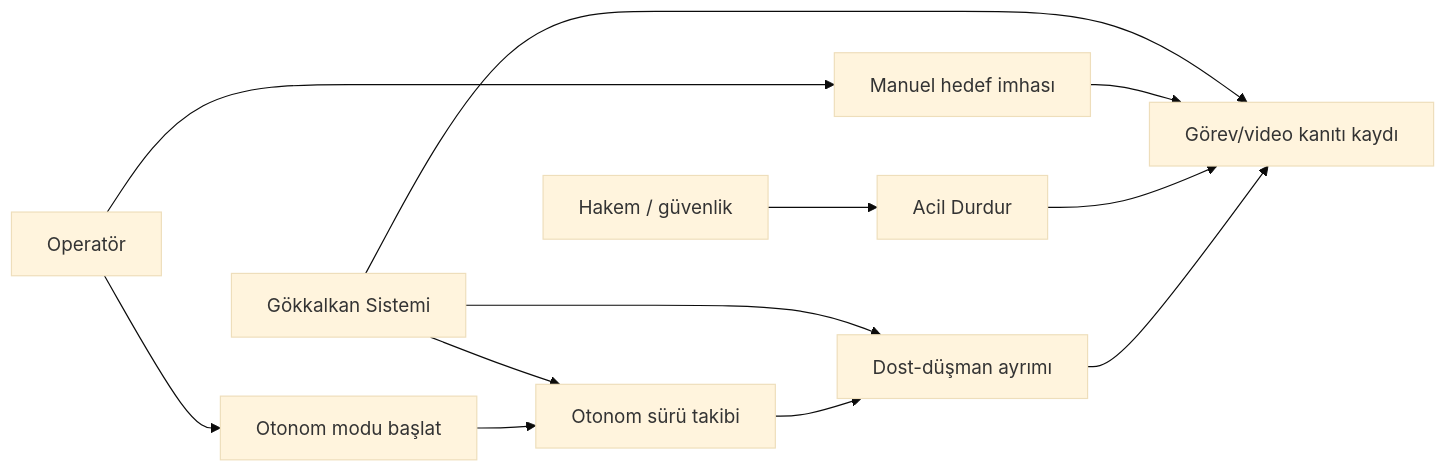
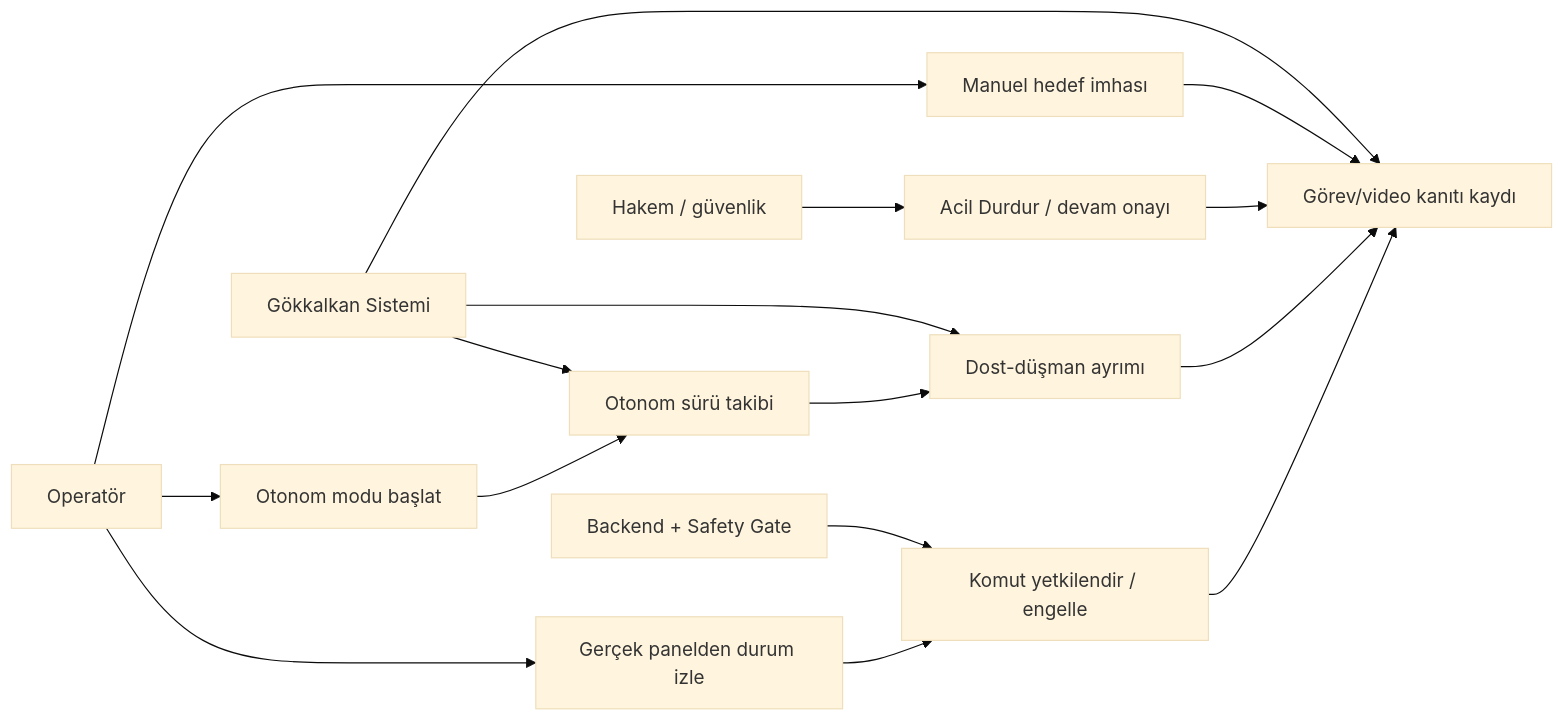
One commit to AlperKartkaya/gokkalkan changed the fourth of 11 diagrams in reports/diyagramlar/mermaid_kodu/ktr_mermaid_diagrams.md. Above: the diagram before and after it, drawn with Mermaid (base theme). The commit also changed other lines of this file and 8 other files, not shown here.

Commit message:
docs: add operator panel interface roadmap and update tech stack documentation

````diff
--- a/reports/diyagramlar/mermaid_kodu/ktr_mermaid_diagrams.md
+++ b/reports/diyagramlar/mermaid_kodu/ktr_mermaid_diagrams.md
@@ -63,14 +72,18 @@
 ```mermaid
 flowchart LR
     Operator["Operatör"] --> UC1["Manuel hedef imhası"]
     Operator --> UC2["Otonom modu başlat"]
-    Referee["Hakem / güvenlik"] --> UC3["Acil Durdur"]
+    Operator --> UC7["Gerçek panelden durum izle"]
+    Referee["Hakem / güvenlik"] --> UC3["Acil Durdur / devam onayı"]
     System["Gökkalkan Sistemi"] --> UC4["Otonom sürü takibi"]
     System --> UC5["Dost-düşman ayrımı"]
     System --> UC6["Görev/video kanıtı kaydı"]
+    Backend["Backend + Safety Gate"] --> UC8["Komut yetkilendir / engelle"]
     UC2 --> UC4
     UC4 --> UC5
     UC1 --> UC6
     UC3 --> UC6
     UC5 --> UC6
+    UC7 --> UC8
+    UC8 --> UC6
 ```
````
